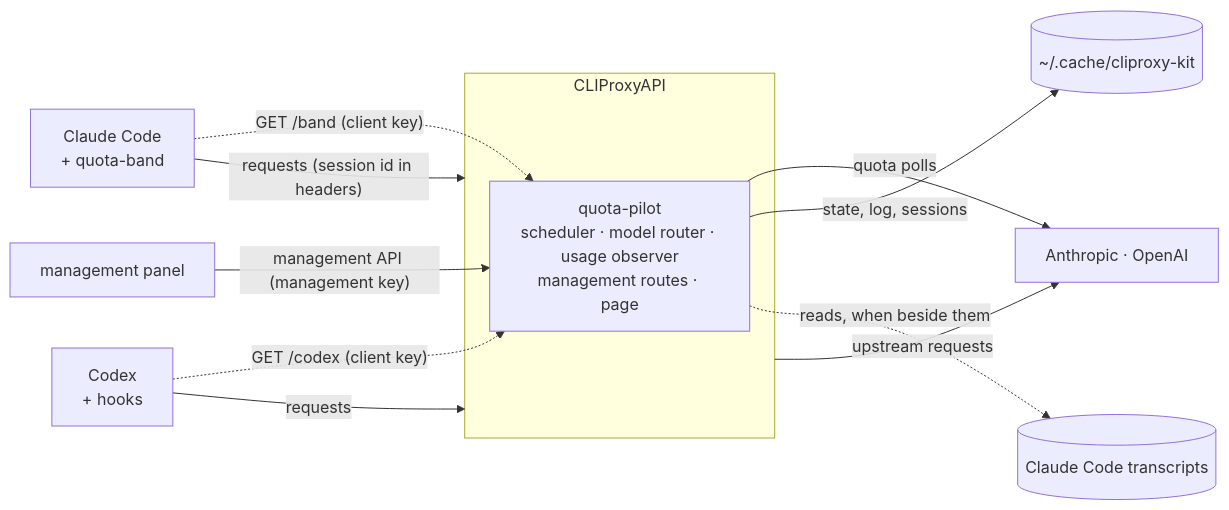
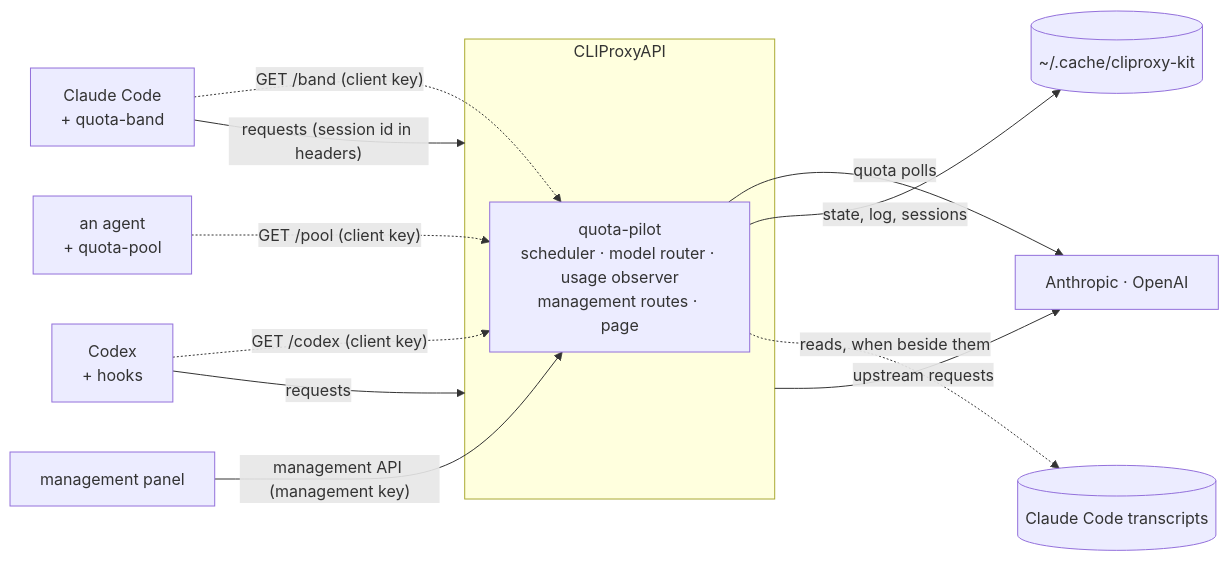
Before and after one commit to kuan0808/cliproxy-kit: the diagram in docs/architecture.md, drawn with Mermaid. The commit also changed other lines of this file and 5 other files, not shown here.

Commit message:
Docs: agents read the pool with quota-pool; the pool, its term and ADR-0011

````diff
--- a/docs/architecture.md
+++ b/docs/architecture.md
@@ -11,15 +12,16 @@
 ```mermaid
 flowchart LR
   subgraph proxy["CLIProxyAPI"]
     qp["quota-pilot<br/>scheduler · model router · usage observer<br/>management routes · page"]
   end
   cc["Claude Code<br/>+ quota-band"] -- "requests (session id in headers)" --> proxy
   cx["Codex<br/>+ hooks"] -- "requests" --> proxy
   proxy -- "upstream requests" --> up["Anthropic · OpenAI"]
   qp -- "quota polls" --> up
   cc -. "GET /band (client key)" .-> qp
   cx -. "GET /codex (client key)" .-> qp
+  ag["an agent<br/>+ quota-pool"] -. "GET /pool (client key)" .-> qp
   panel["management panel"] -- "management API (management key)" --> qp
   qp -- "state, log, sessions" --> files[("~/.cache/cliproxy-kit")]
   qp -. "reads, when beside them" .-> logs[("Claude Code transcripts")]
 ```
````
